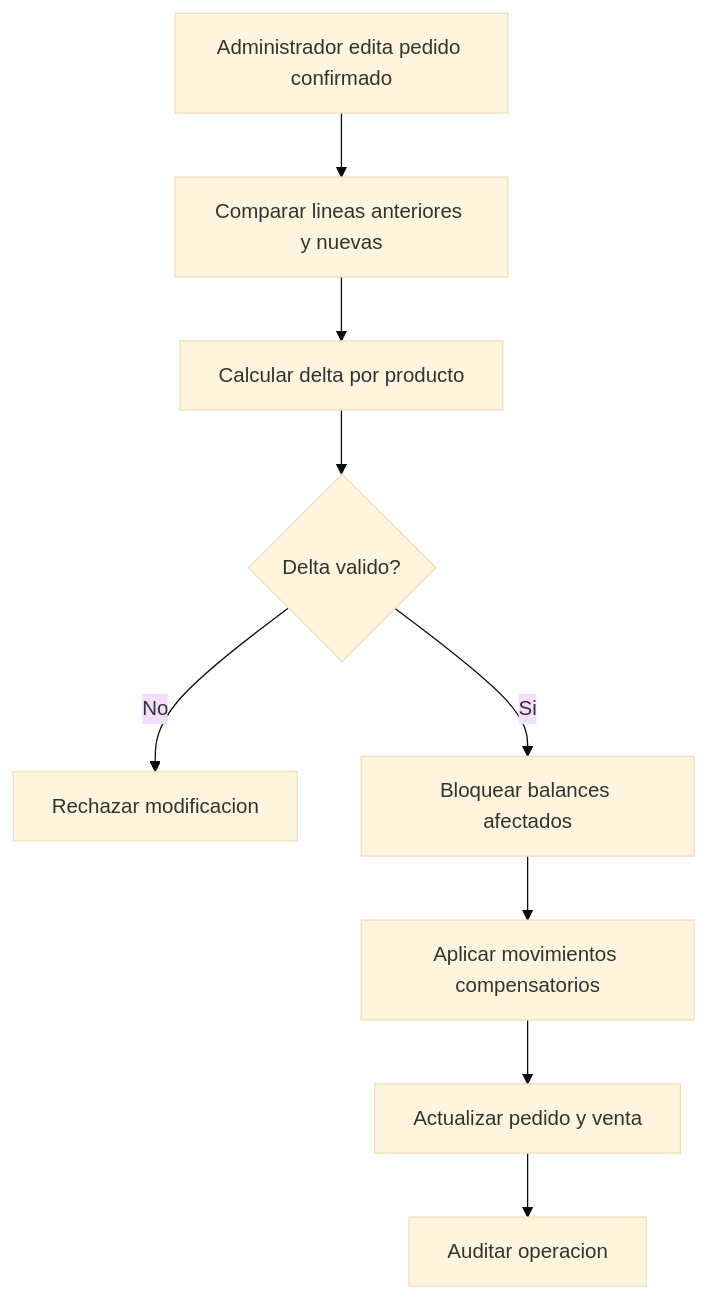
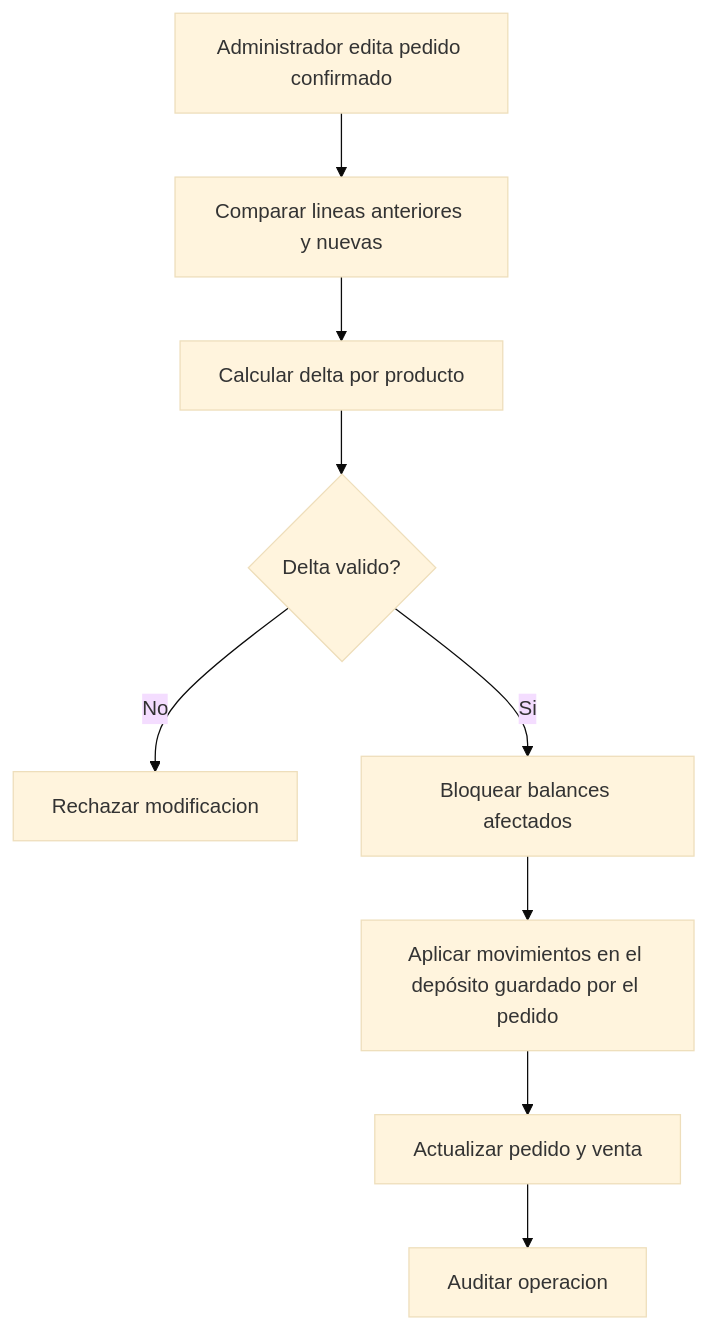
The diagram in docs/diagrams/inventory/flow-confirmed-order-delta.md (Martinrc93/distribuidoraCore), drawn with Mermaid (base theme) before and after one commit. The commit also changed 145 other files, not shown here.

````diff
--- a/docs/diagrams/inventory/flow-confirmed-order-delta.md
+++ b/docs/diagrams/inventory/flow-confirmed-order-delta.md
@@ -3,11 +3,11 @@
 ```mermaid
 flowchart TD
     A[Administrador edita pedido confirmado] --> B[Comparar lineas anteriores y nuevas]
     B --> C[Calcular delta por producto]
     C --> D{Delta valido?}
     D -->|No| E[Rechazar modificacion]
     D -->|Si| F[Bloquear balances afectados]
-    F --> G[Aplicar movimientos compensatorios]
+    F --> G[Aplicar movimientos en el depósito guardado por el pedido]
     G --> H[Actualizar pedido y venta]
     H --> I[Auditar operacion]
 ```
````
